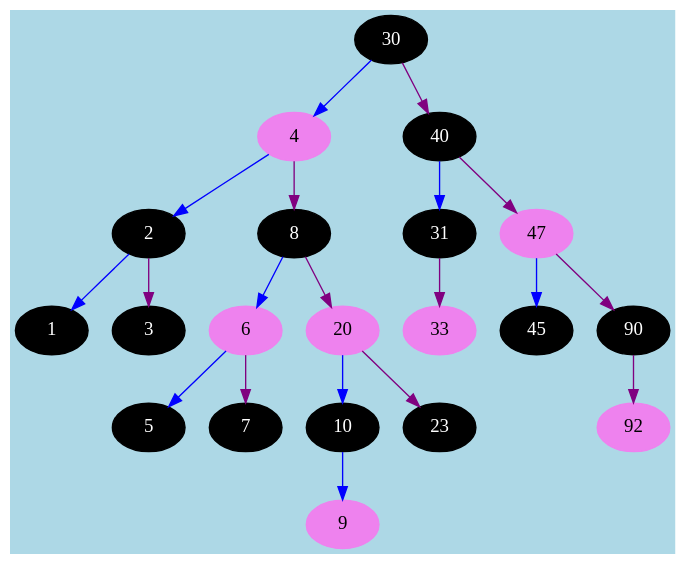
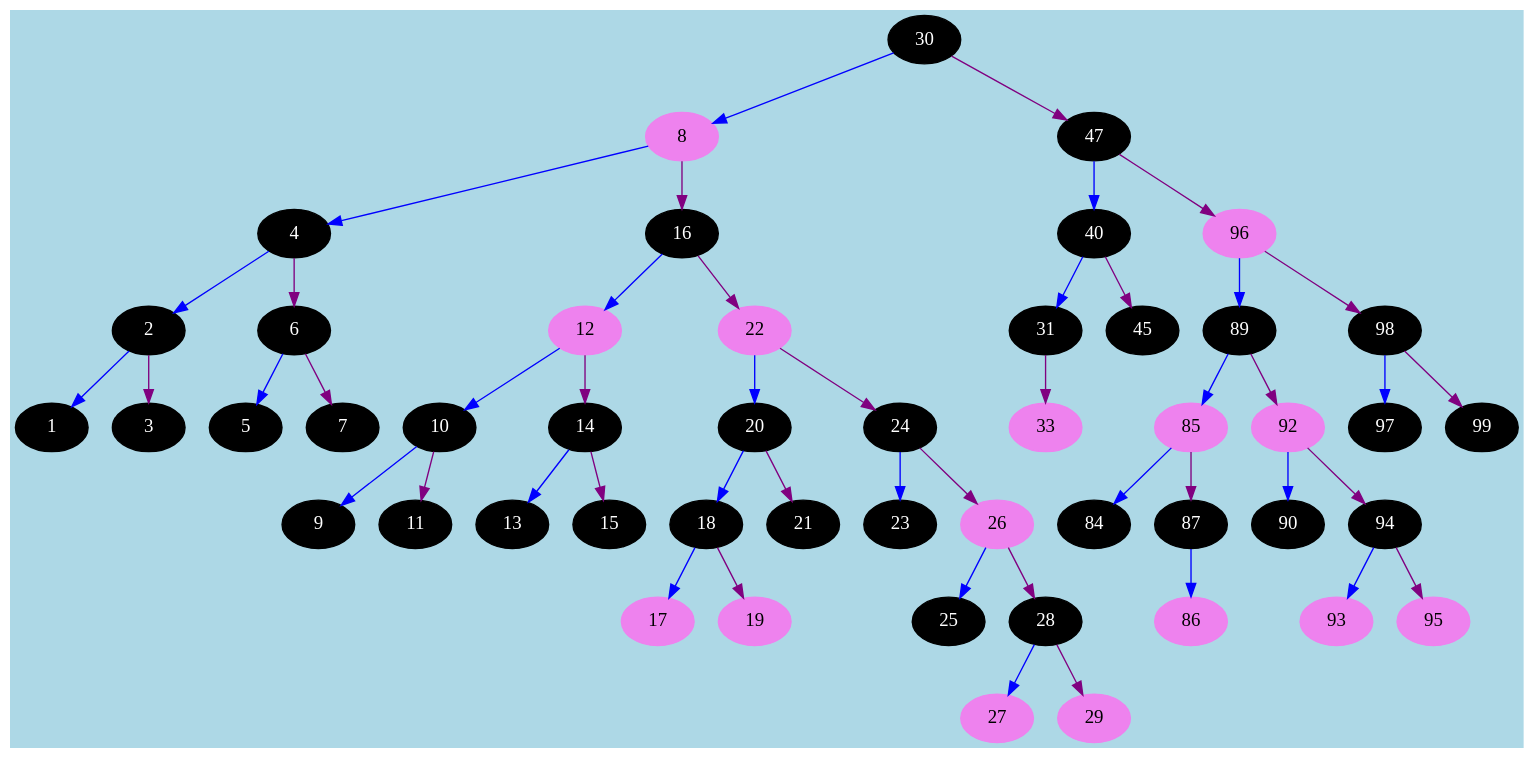
Before and after one commit to tomuwhu/cpp: the diagram in rbt.dot, drawn with Graphviz. The commit also changed 2 other files, not shown here.

```diff
--- a/rbt.dot
+++ b/rbt.dot
@@ -1,42 +1,100 @@
 digraph RedBlackTree {
 bgcolor="lightblue"
 30 [style=filled, label="30", fontcolor=white, color=black]
-30 -> 4 [color="blue"]
-4 [style=filled, label="4", fontcolor=black, color=violet]
+30 -> 8 [color="blue"]
+8 [style=filled, label="8", fontcolor=black, color=violet]
+8 -> 4 [color="blue"]
+4 [style=filled, label="4", fontcolor=white, color=black]
 4 -> 2 [color="blue"]
 2 [style=filled, label="2", fontcolor=white, color=black]
 2 -> 1 [color="blue"]
 1 [style=filled, label="1", fontcolor=white, color=black]
 2 -> 3 [color="purple"]
 3 [style=filled, label="3", fontcolor=white, color=black]
-4 -> 8 [color="purple"]
-8 [style=filled, label="8", fontcolor=white, color=black]
-8 -> 6 [color="blue"]
-6 [style=filled, label="6", fontcolor=black, color=violet]
+4 -> 6 [color="purple"]
+6 [style=filled, label="6", fontcolor=white, color=black]
 6 -> 5 [color="blue"]
 5 [style=filled, label="5", fontcolor=white, color=black]
 6 -> 7 [color="purple"]
 7 [style=filled, label="7", fontcolor=white, color=black]
-8 -> 20 [color="purple"]
-20 [style=filled, label="20", fontcolor=black, color=violet]
-20 -> 10 [color="blue"]
+8 -> 16 [color="purple"]
+16 [style=filled, label="16", fontcolor=white, color=black]
+16 -> 12 [color="blue"]
+12 [style=filled, label="12", fontcolor=black, color=violet]
+12 -> 10 [color="blue"]
 10 [style=filled, label="10", fontcolor=white, color=black]
 10 -> 9 [color="blue"]
-9 [style=filled, label="9", fontcolor=black, color=violet]
-20 -> 23 [color="purple"]
+9 [style=filled, label="9", fontcolor=white, color=black]
+10 -> 11 [color="purple"]
+11 [style=filled, label="11", fontcolor=white, color=black]
+12 -> 14 [color="purple"]
+14 [style=filled, label="14", fontcolor=white, color=black]
+14 -> 13 [color="blue"]
+13 [style=filled, label="13", fontcolor=white, color=black]
+14 -> 15 [color="purple"]
+15 [style=filled, label="15", fontcolor=white, color=black]
+16 -> 22 [color="purple"]
+22 [style=filled, label="22", fontcolor=black, color=violet]
+22 -> 20 [color="blue"]
+20 [style=filled, label="20", fontcolor=white, color=black]
+20 -> 18 [color="blue"]
+18 [style=filled, label="18", fontcolor=white, color=black]
+18 -> 17 [color="blue"]
+17 [style=filled, label="17", fontcolor=black, color=violet]
+18 -> 19 [color="purple"]
+19 [style=filled, label="19", fontcolor=black, color=violet]
+20 -> 21 [color="purple"]
+21 [style=filled, label="21", fontcolor=white, color=black]
+22 -> 24 [color="purple"]
+24 [style=filled, label="24", fontcolor=white, color=black]
+24 -> 23 [color="blue"]
 23 [style=filled, label="23", fontcolor=white, color=black]
-30 -> 40 [color="purple"]
+24 -> 26 [color="purple"]
+26 [style=filled, label="26", fontcolor=black, color=violet]
+26 -> 25 [color="blue"]
+25 [style=filled, label="25", fontcolor=white, color=black]
+26 -> 28 [color="purple"]
+28 [style=filled, label="28", fontcolor=white, color=black]
+28 -> 27 [color="blue"]
+27 [style=filled, label="27", fontcolor=black, color=violet]
+28 -> 29 [color="purple"]
+29 [style=filled, label="29", fontcolor=black, color=violet]
+30 -> 47 [color="purple"]
+47 [style=filled, label="47", fontcolor=white, color=black]
+47 -> 40 [color="blue"]
 40 [style=filled, label="40", fontcolor=white, color=black]
 40 -> 31 [color="blue"]
 31 [style=filled, label="31", fontcolor=white, color=black]
 31 -> 33 [color="purple"]
 33 [style=filled, label="33", fontcolor=black, color=violet]
-40 -> 47 [color="purple"]
-47 [style=filled, label="47", fontcolor=black, color=violet]
-47 -> 45 [color="blue"]
+40 -> 45 [color="purple"]
 45 [style=filled, label="45", fontcolor=white, color=black]
-47 -> 90 [color="purple"]
+47 -> 96 [color="purple"]
+96 [style=filled, label="96", fontcolor=black, color=violet]
+96 -> 89 [color="blue"]
+89 [style=filled, label="89", fontcolor=white, color=black]
+89 -> 85 [color="blue"]
+85 [style=filled, label="85", fontcolor=black, color=violet]
+85 -> 84 [color="blue"]
+84 [style=filled, label="84", fontcolor=white, color=black]
+85 -> 87 [color="purple"]
+87 [style=filled, label="87", fontcolor=white, color=black]
+87 -> 86 [color="blue"]
+86 [style=filled, label="86", fontcolor=black, color=violet]
+89 -> 92 [color="purple"]
+92 [style=filled, label="92", fontcolor=black, color=violet]
+92 -> 90 [color="blue"]
 90 [style=filled, label="90", fontcolor=white, color=black]
-90 -> 92 [color="purple"]
-92 [style=filled, label="92", fontcolor=black, color=violet]
+92 -> 94 [color="purple"]
+94 [style=filled, label="94", fontcolor=white, color=black]
+94 -> 93 [color="blue"]
+93 [style=filled, label="93", fontcolor=black, color=violet]
+94 -> 95 [color="purple"]
+95 [style=filled, label="95", fontcolor=black, color=violet]
+96 -> 98 [color="purple"]
+98 [style=filled, label="98", fontcolor=white, color=black]
+98 -> 97 [color="blue"]
+97 [style=filled, label="97", fontcolor=white, color=black]
+98 -> 99 [color="purple"]
+99 [style=filled, label="99", fontcolor=white, color=black]
 }
```
